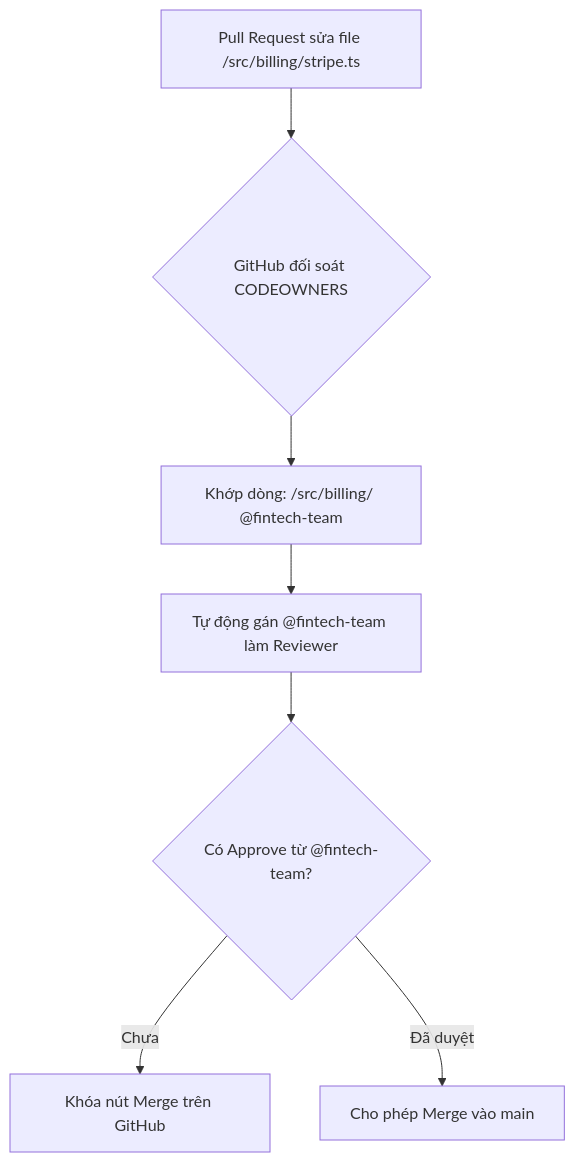
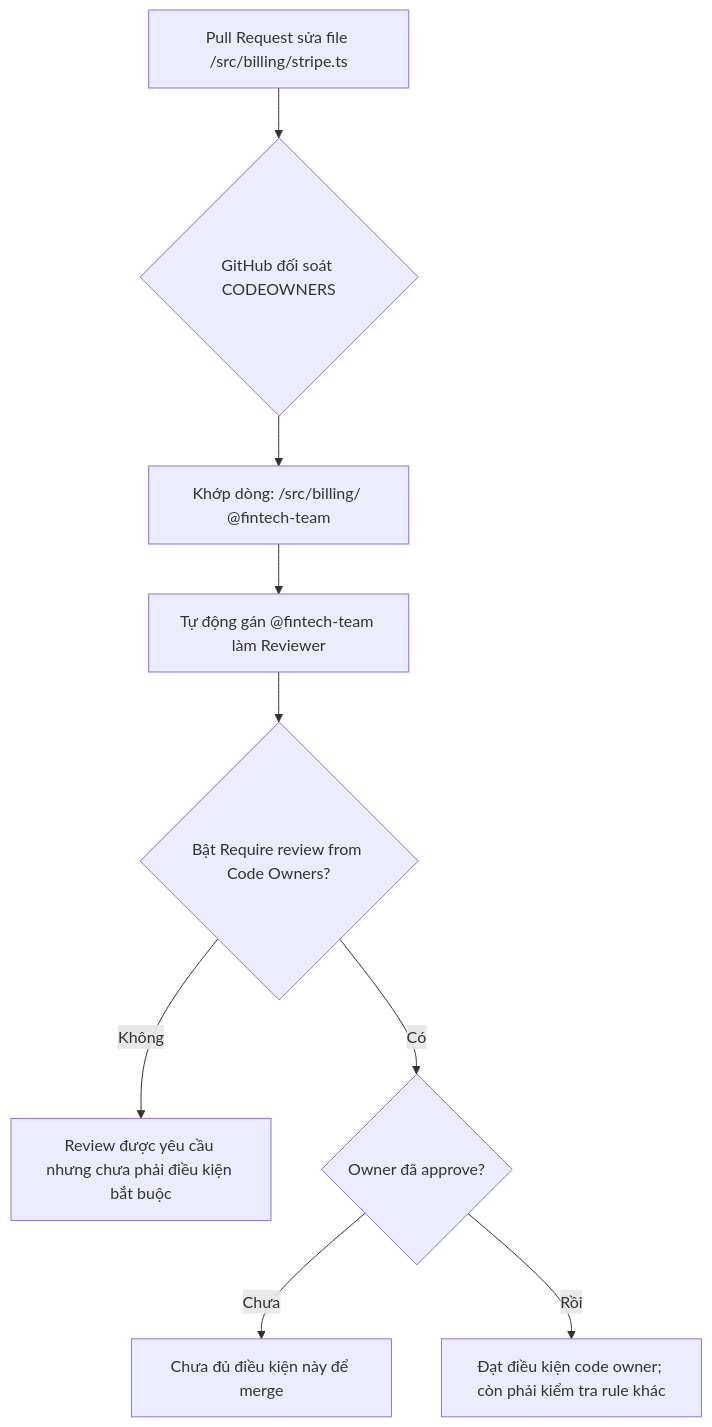
One commit to maitamdev/Git changed the diagram in courses/06-team-workflows/09-codeowners/lesson.md. Above: the diagram before and after it, drawn with Mermaid. The commit also changed other lines of this file and 478 other files, not shown here.

````diff
--- a/courses/06-team-workflows/09-codeowners/lesson.md
+++ b/courses/06-team-workflows/09-codeowners/lesson.md
@@ -35,9 +35,11 @@
 ```mermaid
 flowchart TD
     PR[Pull Request sửa file /src/billing/stripe.ts] --> Check{GitHub đối soát CODEOWNERS}
     Check --> Match[Khớp dòng: /src/billing/ @fintech-team]
     Match --> Assign[Tự động gán @fintech-team làm Reviewer]
-    Assign --> Gate{Có Approve từ @fintech-team?}
-    Gate -- Chưa --> Block[Khóa nút Merge trên GitHub]
-    Gate -- Đã duyệt --> Allow[Cho phép Merge vào main]
+    Assign --> Gate{Bật Require review from Code Owners?}
+    Gate -- Không --> Optional[Review được yêu cầu nhưng chưa phải điều kiện bắt buộc]
+    Gate -- Có --> Approval{Owner đã approve?}
+    Approval -- Chưa --> Block[Chưa đủ điều kiện này để merge]
+    Approval -- Rồi --> Allow[Đạt điều kiện code owner; còn phải kiểm tra rule khác]
 ```
````
